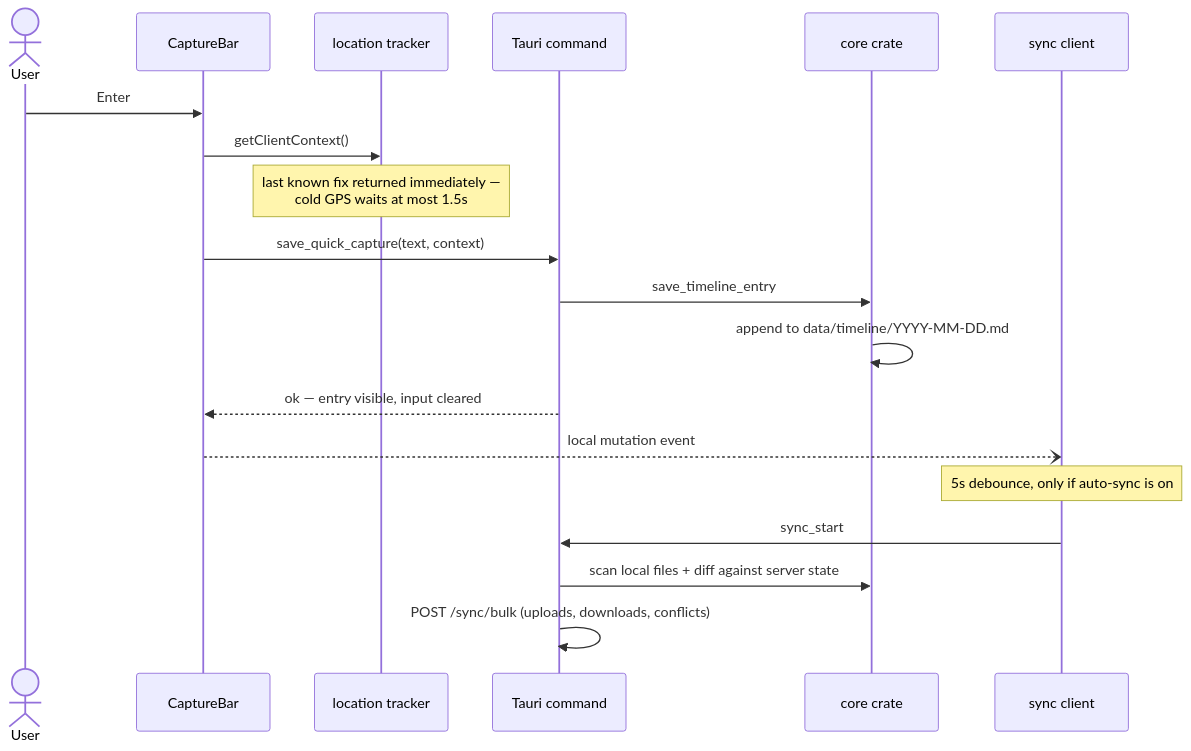
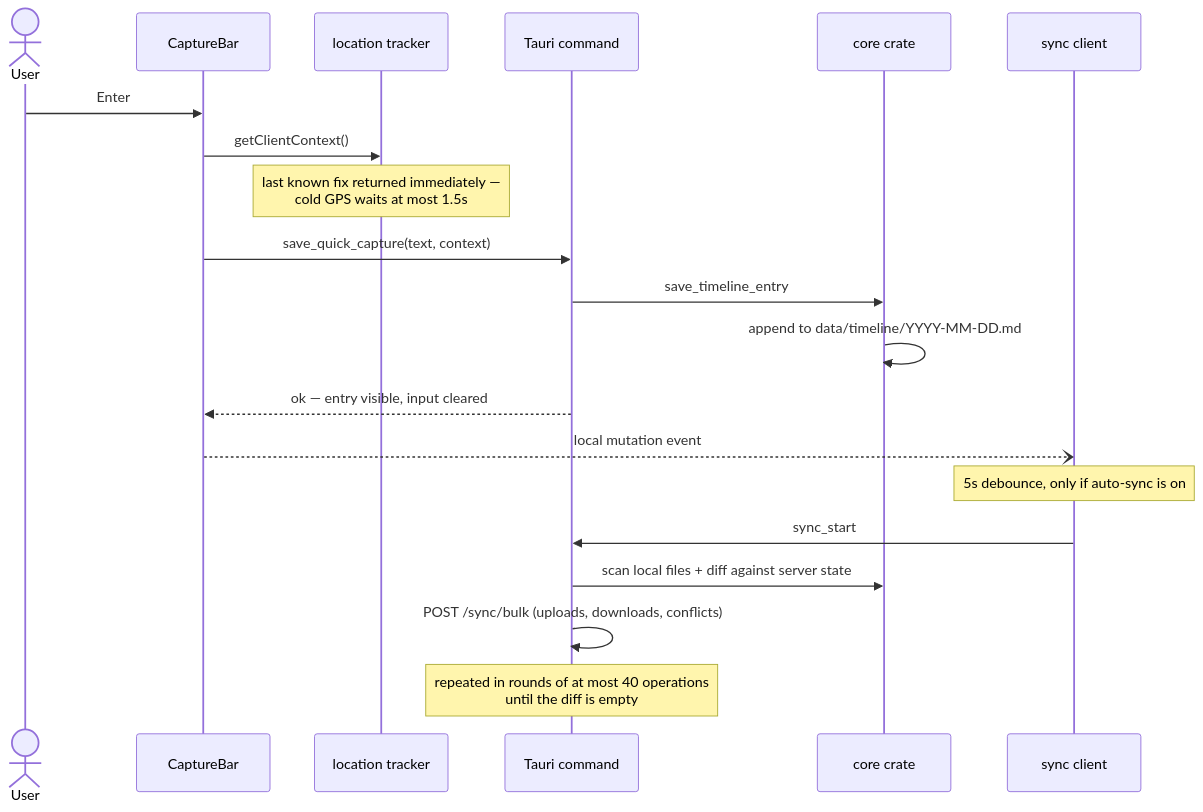
The third of 3 diagrams in docs/introduction.md (Xantibody/magical-merchant), drawn with Mermaid before and after one commit. The commit also changed other lines of this file, not shown here.

````diff
--- a/docs/introduction.md
+++ b/docs/introduction.md
@@ -118,22 +120,23 @@
 ```mermaid
 sequenceDiagram
     actor User
     participant UI as CaptureBar
     participant Ctx as location tracker
     participant Rust as Tauri command
     participant Core as core crate
     participant Sync as sync client
 
     User->>UI: Enter
     UI->>Ctx: getClientContext()
     Note over Ctx: last known fix returned immediately —<br/>cold GPS waits at most 1.5s
     UI->>Rust: save_quick_capture(text, context)
     Rust->>Core: save_timeline_entry
     Core->>Core: append to data/timeline/YYYY-MM-DD.md
     Rust-->>UI: ok — entry visible, input cleared
     UI--)Sync: local mutation event
     Note over Sync: 5s debounce, only if auto-sync is on
     Sync->>Rust: sync_start
     Rust->>Core: scan local files + diff against server state
     Rust->>Rust: POST /sync/bulk (uploads, downloads, conflicts)
+    Note over Rust: repeated in rounds of at most 40 operations<br/>until the diff is empty
 ```
````
